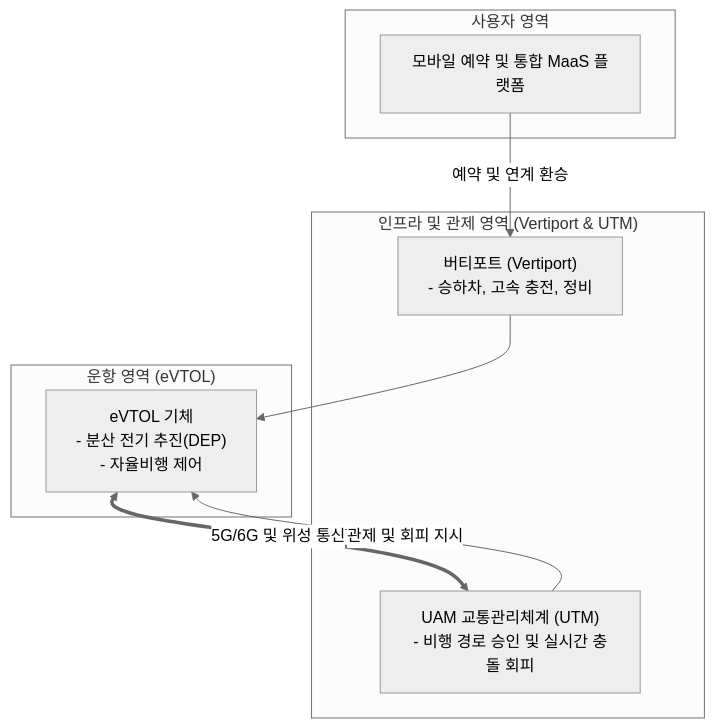
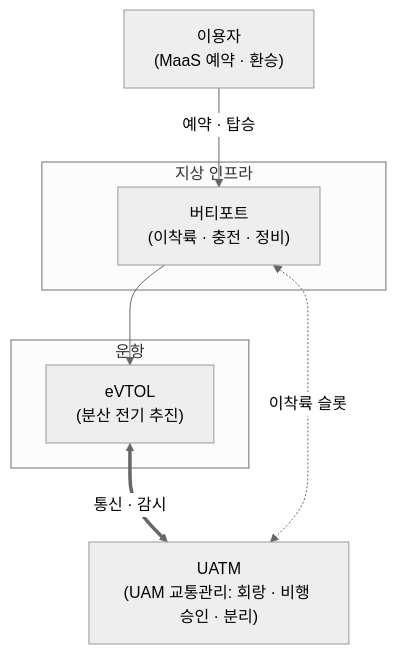
The diagram in content/01_IT Tech/UAM.md (supremethumb/supremethumb.github.io), drawn with Mermaid (neutral theme) before and after one commit. The commit also changed other lines of this file and 1087 other files, not shown here.

````diff
--- a/content/01_IT Tech/UAM.md
+++ b/content/01_IT Tech/UAM.md
@@ -26,21 +37,15 @@
 ```mermaid
 flowchart TB
-    subgraph Passenger["사용자 영역"]
-        C["모바일 예약 및 통합 MaaS 플랫폼"]
+    C["이용자<br/>(MaaS 예약 · 환승)"]
+    subgraph Ground["지상 인프라"]
+        VP["버티포트<br/>(이착륙 · 충전 · 정비)"]
     end
-
-    subgraph Infrastructure["인프라 및 관제 영역 (Vertiport & UTM)"]
-        VP["버티포트 (Vertiport)<br/>- 승하차, 고속 충전, 정비"]
-        UTM["UAM 교통관리체계 (UTM)<br/>- 비행 경로 승인 및 실시간 충돌 회피"]
+    subgraph Air["운항"]
+        A["eVTOL<br/>(분산 전기 추진)"]
     end
-
-    subgraph Operation["운항 영역 (eVTOL)"]
-        A["eVTOL 기체<br/>- 분산 전기 추진(DEP)<br/>- 자율비행 제어"]
-    end
-
-    C -->|예약 및 연계 환승| VP
+    UATM["UATM<br/>(UAM 교통관리: 회랑 · 비행 승인 · 분리)"]
+    C -->|"예약 · 탑승"| VP
     VP --> A
-    A <== "5G/6G 및 위성 통신" ==> UTM
-    UTM -->|관제 및 회피 지시| A
-
+    A <==>|"통신 · 감시"| UATM
+    VP <-.->|"이착륙 슬롯"| UATM
 ```
````
